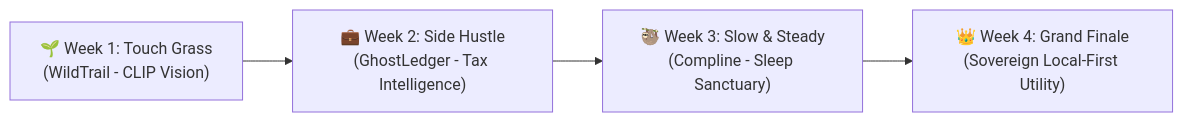
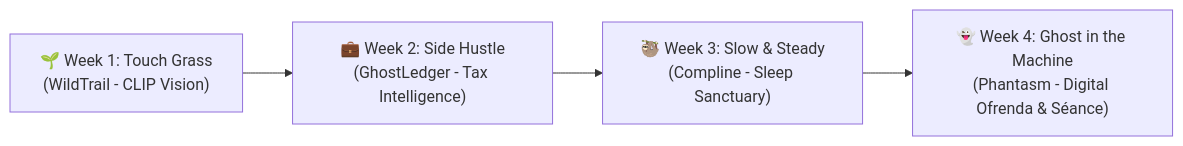
The diagram in PRD.md (XiaoArnav/necrogit), drawn with Mermaid before and after one commit. The commit also changed other lines of this file and 1 other file, not shown here.

Commit message:
docs: update README and PRD for Week 4 Ghost in the Machine challenge

````diff
--- a/PRD.md
+++ b/PRD.md
@@ -25,6 +30,6 @@
 ```mermaid
 flowchart LR
     W1["🌱 Week 1: Touch Grass<br/>(WildTrail - CLIP Vision)"] --> W2["💼 Week 2: Side Hustle<br/>(GhostLedger - Tax Intelligence)"]
     W2 --> W3["🦥 Week 3: Slow & Steady<br/>(Compline - Sleep Sanctuary)"]
-    W3 --> W4["👑 Week 4: Grand Finale<br/>(Sovereign Local-First Utility)"]
+    W3 --> W4["👻 Week 4: Ghost in the Machine<br/>(Phantasm - Digital Ofrenda & Séance)"]
 ```
````
